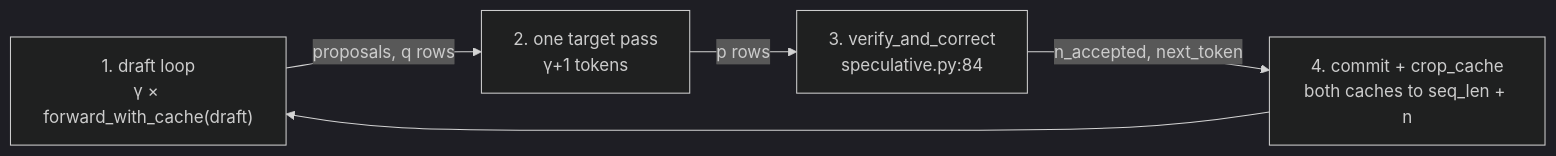
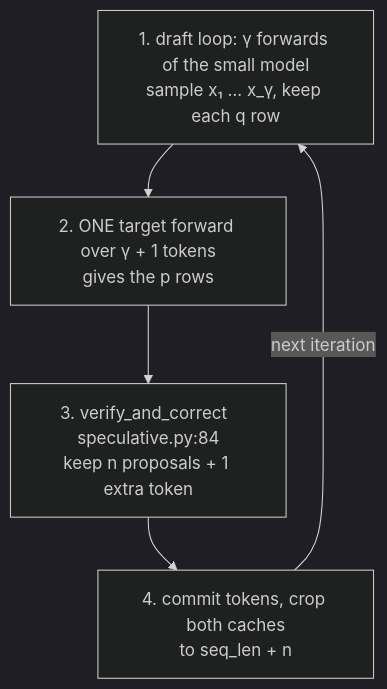
The first of 5 diagrams in Interview prep/Days/Day 04 - Speculative decoding.md (jayavardhan-g/projects-vault), drawn with Mermaid (dark theme) before and after one commit. The commit also changed other lines of this file and 12 other files, not shown here.

First line of the commit message:
projects: Days 2-14 "Code, explained": full-width top-to-bottom diagrams, a figure per section, and a step-by-step flow per day

````diff
--- a/Interview prep/Days/Day 04 - Speculative decoding.md
+++ b/Interview prep/Days/Day 04 - Speculative decoding.md
@@ -150,7 +150,7 @@
 ```mermaid
-flowchart LR
-  D["1. draft loop<br/>γ × forward_with_cache(draft)"] -->|"proposals, q rows"| T["2. one target pass<br/>γ+1 tokens"]
-  T -->|"p rows"| VC["3. verify_and_correct<br/>speculative.py:84"]
-  VC -->|"n_accepted, next_token"| C["4. commit + crop_cache<br/>both caches to seq_len + n"]
-  C --> D
+flowchart TB
+  D["1. draft loop: γ forwards of the small model<br/>sample x₁ … x_γ, keep each q row"] --> T["2. ONE target forward over γ + 1 tokens<br/>gives the p rows"]
+  T --> VC["3. verify_and_correct  speculative.py:84<br/>keep n proposals + 1 extra token"]
+  VC --> C["4. commit tokens, crop both caches<br/>to seq_len + n"]
+  C -->|"next iteration"| D
 ```
````
